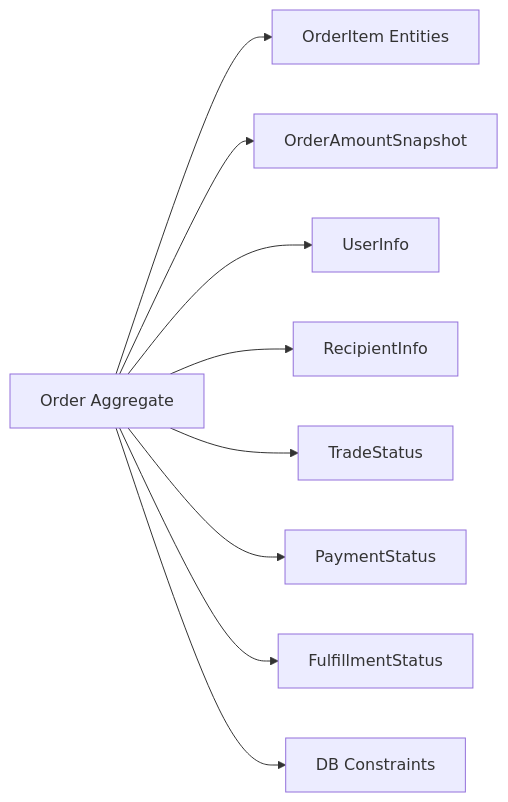
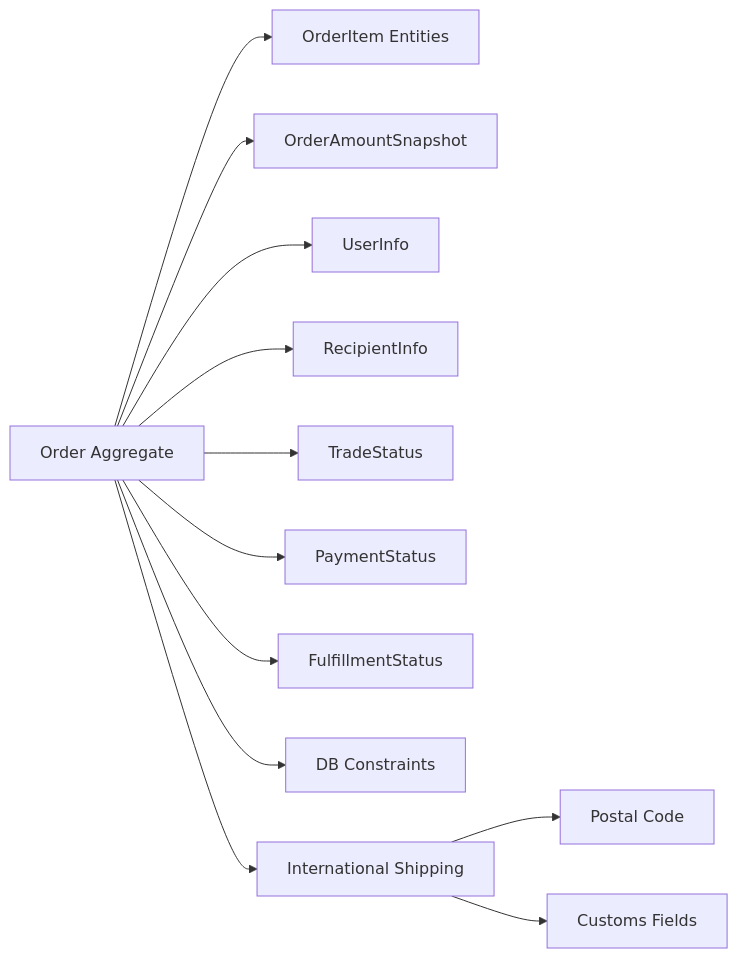
One commit to ddd-mall/j-store changed the seventh of 7 diagrams in .qoder/repowiki/en/content/Order Management Module/Order Domain Model.md. Above: the diagram before and after it, drawn with Mermaid. The commit also changed other lines of this file and 298 other files, not shown here.

````diff
--- a/.qoder/repowiki/en/content/Order Management Module/Order Domain Model.md
+++ b/.qoder/repowiki/en/content/Order Management Module/Order Domain Model.md
@@ -373,11 +455,14 @@
 ```mermaid
 graph LR
 OrderAgg["Order Aggregate"] --> Items["OrderItem Entities"]
 OrderAgg --> Snap["OrderAmountSnapshot"]
 OrderAgg --> UserVO["UserInfo"]
 OrderAgg --> RecipVO["RecipientInfo"]
 OrderAgg --> Trade["TradeStatus"]
 OrderAgg --> Pay["PaymentStatus"]
 OrderAgg --> Ful["FulfillmentStatus"]
 OrderAgg --> DB["DB Constraints"]
+OrderAgg --> Intl["International Shipping"]
+Intl --> Postal["Postal Code"]
+Intl --> Customs["Customs Fields"]
 ```
````
